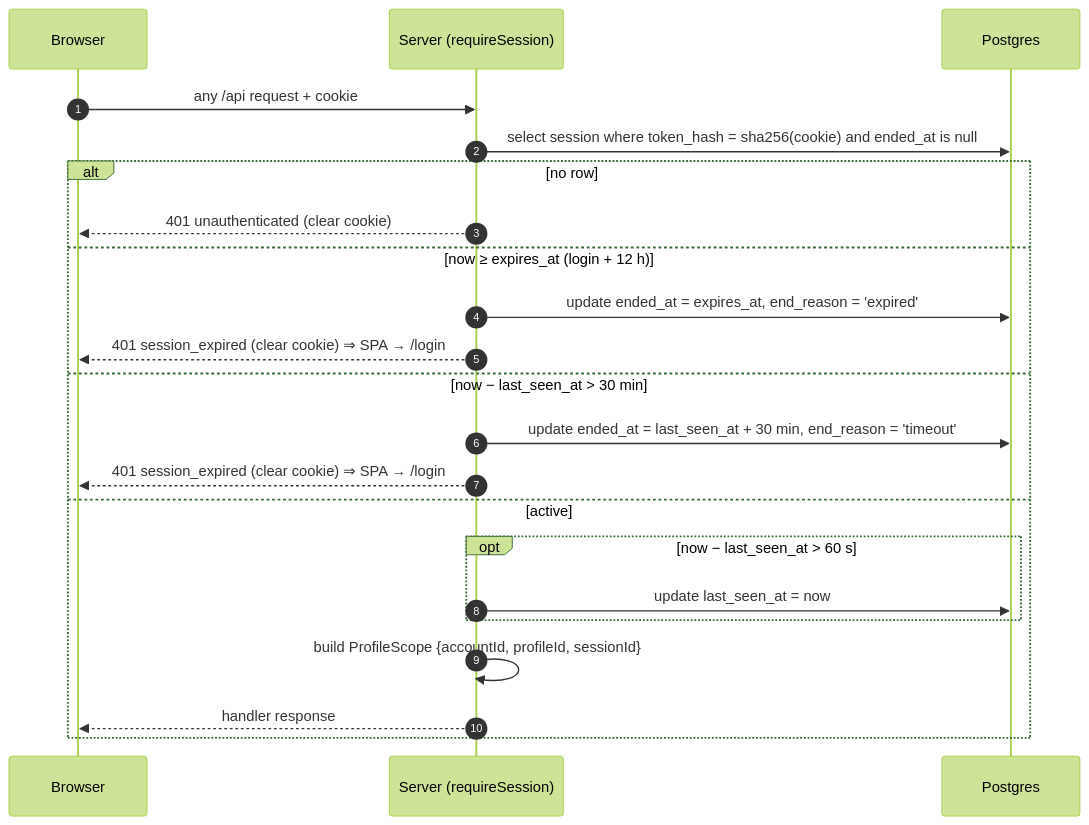
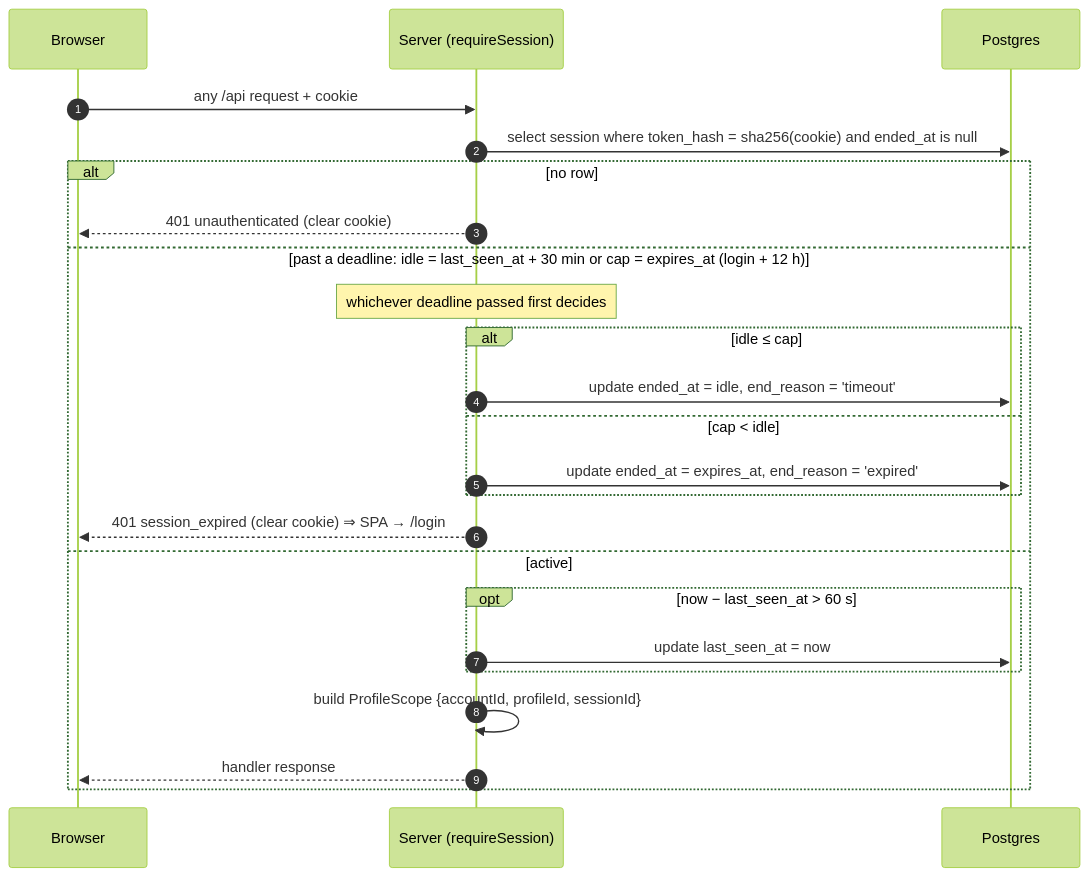
One commit to chjort/calculator-web changed the third of 5 diagrams in docs/architecture/R2.md. Above: the diagram before and after it, drawn with Mermaid (forest theme). The commit also changed other lines of this file and 2 other files, not shown here.

Commit message:
docs: R2 developer feedback (#28)

````diff
--- a/docs/architecture/R2.md
+++ b/docs/architecture/R2.md
@@ -51,24 +51,26 @@
 ```mermaid
 sequenceDiagram
   autonumber
   participant B as Browser
   participant S as Server (requireSession)
   participant D as Postgres
   B->>S: any /api request + cookie
   S->>D: select session where token_hash = sha256(cookie) and ended_at is null
   alt no row
     S-->>B: 401 unauthenticated (clear cookie)
-  else now ≥ expires_at (login + 12 h)
-    S->>D: update ended_at = expires_at, end_reason = 'expired'
-    S-->>B: 401 session_expired (clear cookie) ⇒ SPA → /login
-  else now − last_seen_at > 30 min
-    S->>D: update ended_at = last_seen_at + 30 min, end_reason = 'timeout'
+  else past a deadline: idle = last_seen_at + 30 min or cap = expires_at (login + 12 h)
+    Note over S: whichever deadline passed first decides
+    alt idle ≤ cap
+      S->>D: update ended_at = idle, end_reason = 'timeout'
+    else cap < idle
+      S->>D: update ended_at = expires_at, end_reason = 'expired'
+    end
     S-->>B: 401 session_expired (clear cookie) ⇒ SPA → /login
   else active
     opt now − last_seen_at > 60 s
       S->>D: update last_seen_at = now
     end
     S->>S: build ProfileScope {accountId, profileId, sessionId}
     S-->>B: handler response
   end
 ```
````
